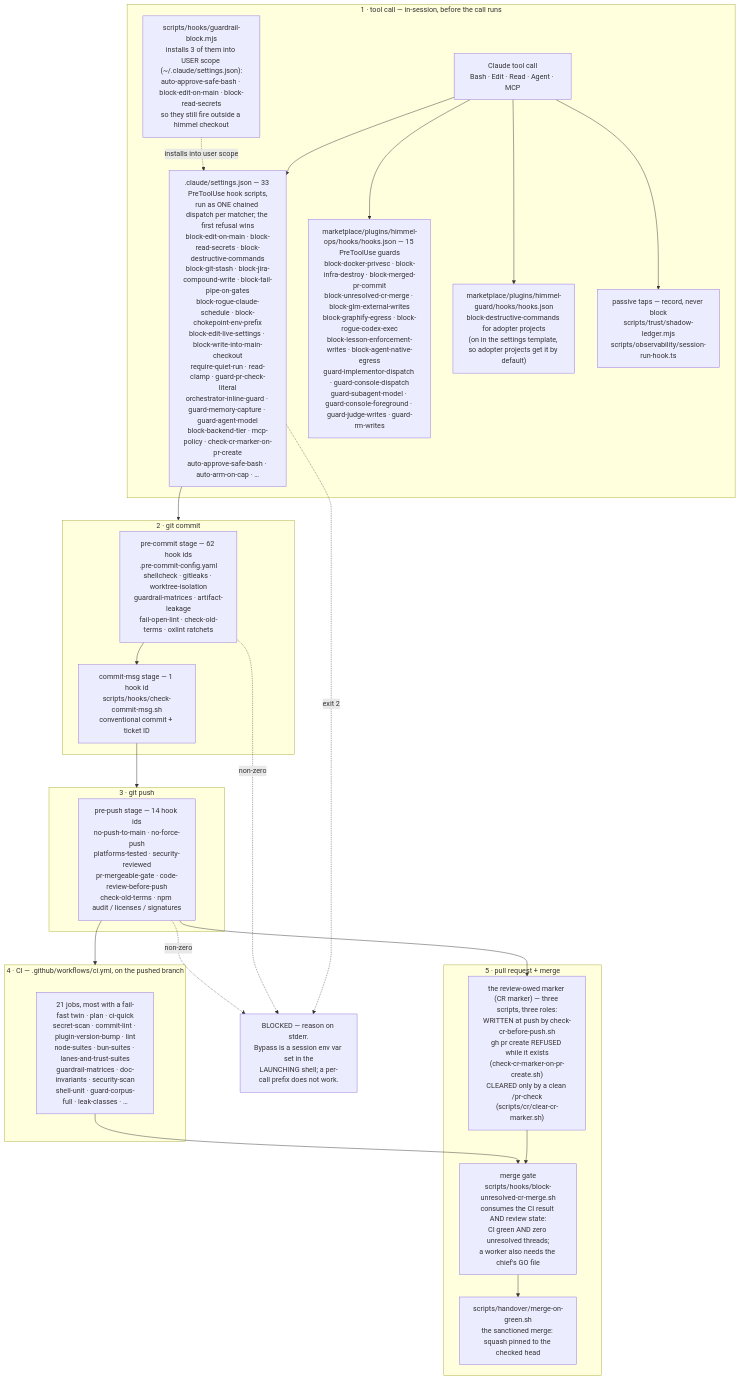
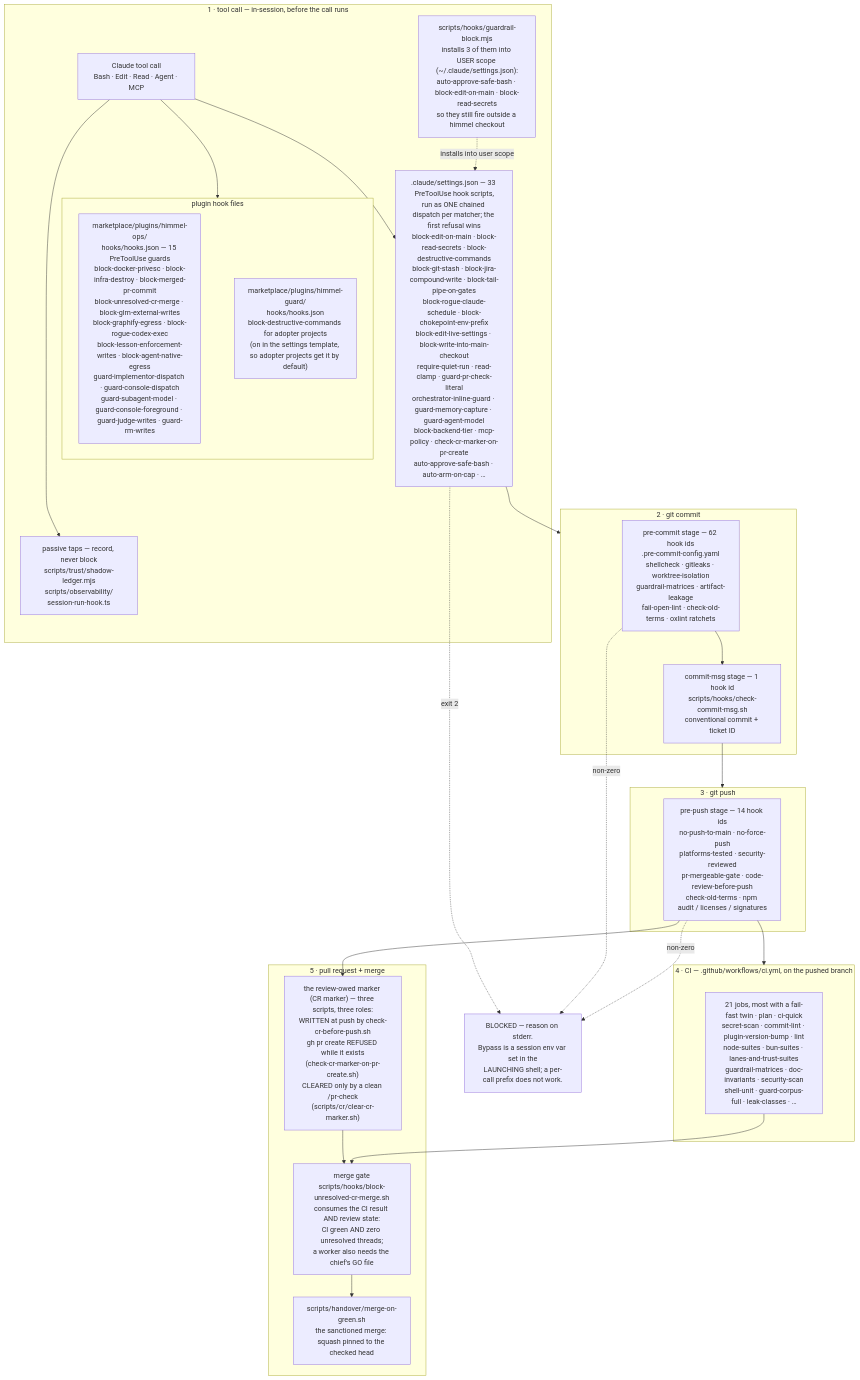
One commit to yotamleo-org/Himmel changed the first of 5 diagrams in docs/architecture.md. Above: the diagram before and after it, drawn with Mermaid. The commit also changed other lines of this file and 9 other files, not shown here.

````diff
--- a/docs/architecture.md
+++ b/docs/architecture.md
@@ -46,48 +46,51 @@
 ```mermaid
 flowchart TD
     subgraph S1["1 · tool call — in-session, before the call runs"]
         TC["Claude tool call<br/>Bash · Edit · Read · Agent · MCP"]
         H1[".claude/settings.json — 33 PreToolUse hook scripts,<br/>run as ONE chained dispatch per matcher; the first refusal wins<br/>block-edit-on-main · block-read-secrets · block-destructive-commands<br/>block-git-stash · block-jira-compound-write · block-tail-pipe-on-gates<br/>block-rogue-claude-schedule · block-chokepoint-env-prefix<br/>block-edit-live-settings · block-write-into-main-checkout<br/>require-quiet-run · read-clamp · guard-pr-check-literal<br/>orchestrator-inline-guard · guard-memory-capture · guard-agent-model<br/>block-backend-tier · mcp-policy · check-cr-marker-on-pr-create<br/>auto-approve-safe-bash · auto-arm-on-cap · …"]
-        H2["marketplace/plugins/himmel-ops/hooks/hooks.json — 15 PreToolUse guards<br/>block-docker-privesc · block-infra-destroy · block-merged-pr-commit<br/>block-unresolved-cr-merge · block-glm-external-writes<br/>block-graphify-egress · block-rogue-codex-exec<br/>block-lesson-enforcement-writes · block-agent-native-egress<br/>guard-implementor-dispatch · guard-console-dispatch<br/>guard-subagent-model · guard-console-foreground · guard-judge-writes · guard-rm-writes"]
-        HG["marketplace/plugins/himmel-guard/hooks/hooks.json<br/>block-destructive-commands for adopter projects<br/>(on in the settings template, so adopter projects get it by default)"]
+        subgraph PLUG["plugin hook files"]
+            H2["marketplace/plugins/himmel-ops/<br/>hooks/hooks.json — 15 PreToolUse guards<br/>block-docker-privesc · block-infra-destroy · block-merged-pr-commit<br/>block-unresolved-cr-merge · block-glm-external-writes<br/>block-graphify-egress · block-rogue-codex-exec<br/>block-lesson-enforcement-writes · block-agent-native-egress<br/>guard-implementor-dispatch · guard-console-dispatch<br/>guard-subagent-model · guard-console-foreground · guard-judge-writes · guard-rm-writes"]
+            HG["marketplace/plugins/himmel-guard/<br/>hooks/hooks.json<br/>block-destructive-commands for adopter projects<br/>(on in the settings template, so adopter projects get it by default)"]
+            H2 ~~~ HG
+        end
         H3["scripts/hooks/guardrail-block.mjs<br/>installs 3 of them into USER scope (~/.claude/settings.json):<br/>auto-approve-safe-bash · block-edit-on-main · block-read-secrets<br/>so they still fire outside a himmel checkout"]
-        H4["passive taps — record, never block<br/>scripts/trust/shadow-ledger.mjs<br/>scripts/observability/session-run-hook.ts"]
+        H4["passive taps — record, never block<br/>scripts/trust/shadow-ledger.mjs<br/>scripts/observability/<br/>session-run-hook.ts"]
         TC --> H1
-        TC --> H2
-        TC --> HG
+        TC --> PLUG
         TC --> H4
+        PLUG ~~~ H4
         H3 -.->|"installs into user scope"| H1
     end
 
     subgraph S2["2 · git commit"]
         PC["pre-commit stage — 62 hook ids<br/>.pre-commit-config.yaml<br/>shellcheck · gitleaks · worktree-isolation<br/>guardrail-matrices · artifact-leakage<br/>fail-open-lint · check-old-terms · oxlint ratchets"]
         CM["commit-msg stage — 1 hook id<br/>scripts/hooks/check-commit-msg.sh<br/>conventional commit + ticket ID"]
         PC --> CM
     end
 
     subgraph S3["3 · git push"]
         PP["pre-push stage — 14 hook ids<br/>no-push-to-main · no-force-push<br/>platforms-tested · security-reviewed<br/>pr-mergeable-gate · code-review-before-push<br/>check-old-terms · npm audit / licenses / signatures"]
     end
 
     subgraph S4["4 · CI — .github/workflows/ci.yml, on the pushed branch"]
         CI["21 jobs, most with a fail-fast twin · plan · ci-quick<br/>secret-scan · commit-lint · plugin-version-bump · lint<br/>node-suites · bun-suites · lanes-and-trust-suites<br/>guardrail-matrices · doc-invariants · security-scan<br/>shell-unit · guard-corpus-full · leak-classes · …"]
     end
 
     subgraph S5["5 · pull request + merge"]
         CR["the review-owed marker (CR marker) — three scripts, three roles:<br/>WRITTEN at push by check-cr-before-push.sh<br/>gh pr create REFUSED while it exists<br/>(check-cr-marker-on-pr-create.sh)<br/>CLEARED only by a clean /pr-check<br/>(scripts/cr/clear-cr-marker.sh)"]
         MG["merge gate<br/>scripts/hooks/block-unresolved-cr-merge.sh<br/>consumes the CI result AND review state:<br/>CI green AND zero unresolved threads;<br/>a worker also needs the chief's GO file"]
         MOG["scripts/handover/merge-on-green.sh<br/>the sanctioned merge: squash pinned to the checked head"]
         CR --> MG
         MG --> MOG
     end
 
     H1 --> S2
     CM --> S3
     PP --> S4
     PP --> CR
     CI --> MG
 
     H1 -.->|"exit 2"| BLOCK["BLOCKED — reason on stderr.<br/>Bypass is a session env var set in the<br/>LAUNCHING shell; a per-call prefix does not work."]
     PC -.->|"non-zero"| BLOCK
     PP -.->|"non-zero"| BLOCK
 ```
````
